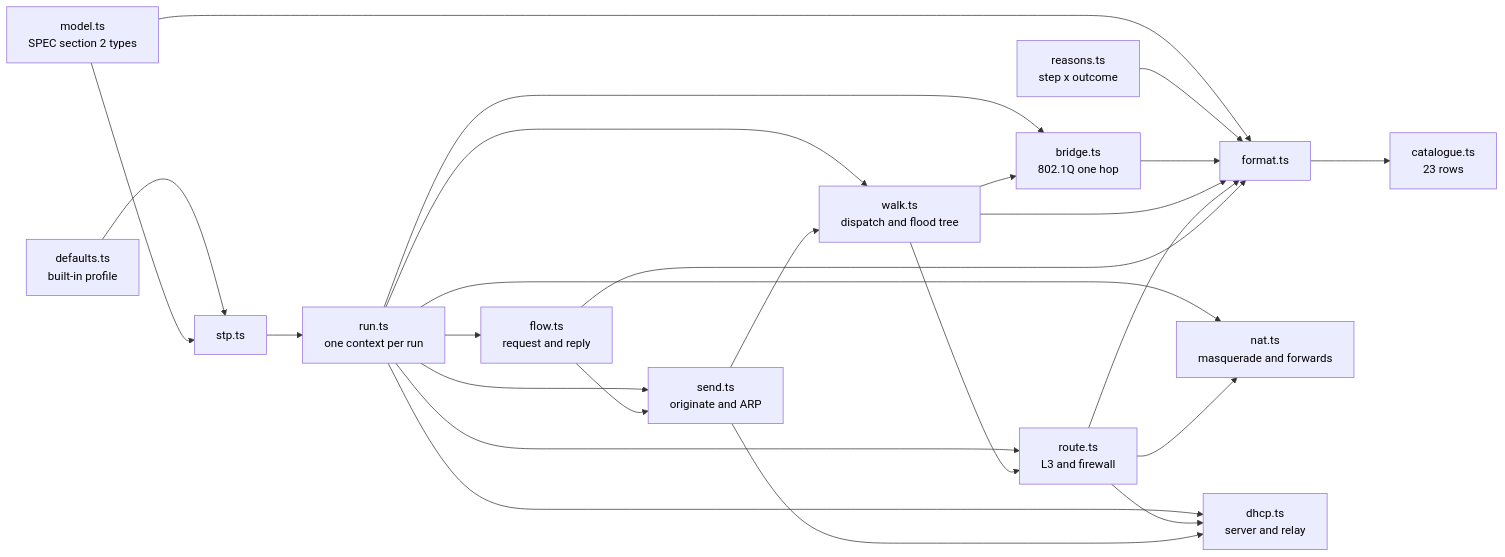
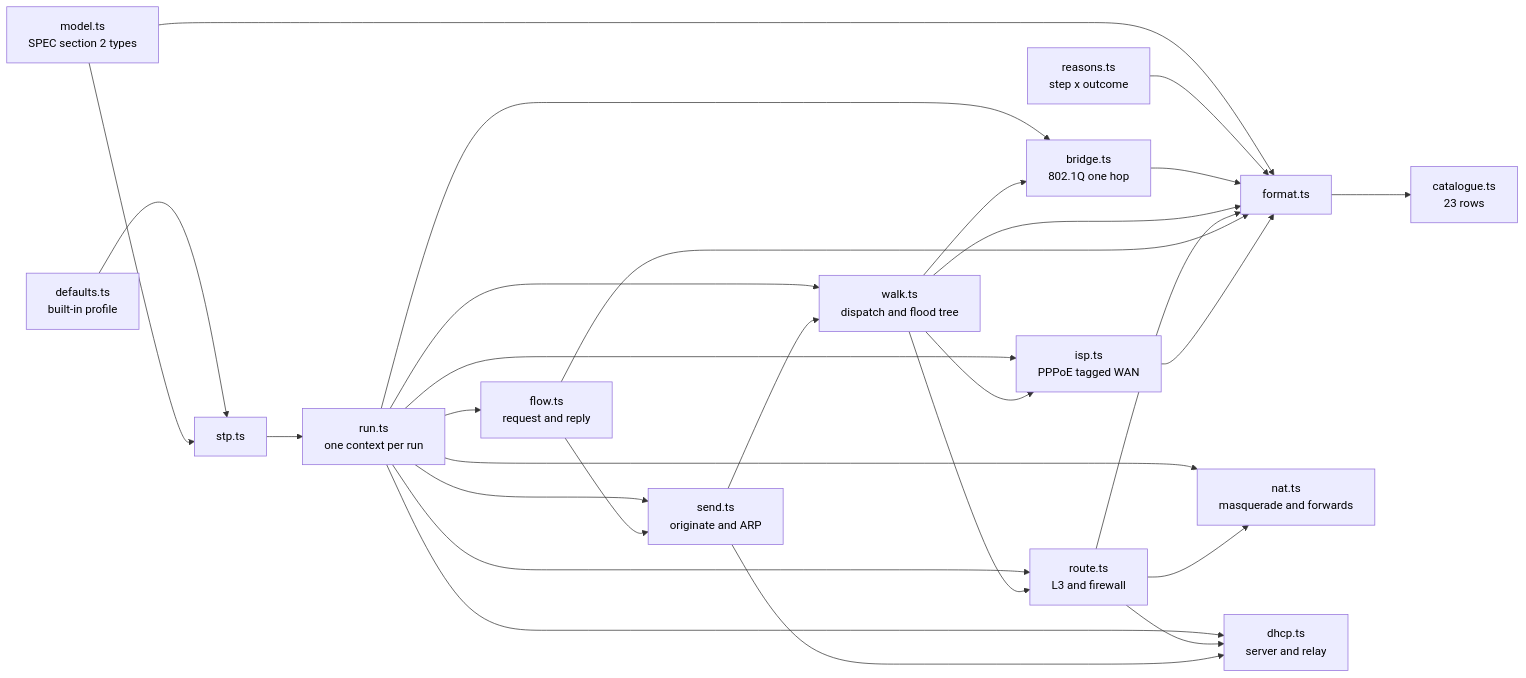
One commit to alanfong93/network-sandbox changed the first of 3 diagrams in docs/architecture.md. Above: the diagram before and after it, drawn with Mermaid. The commit also changed other lines of this file and 17 other files, not shown here.

````diff
--- a/docs/architecture.md
+++ b/docs/architecture.md
@@ -14,41 +16,45 @@
 ```mermaid
 flowchart LR
     M[model.ts<br>SPEC section 2 types] --> F[format.ts]
     R[reasons.ts<br>step x outcome] --> F
     F --> C[catalogue.ts<br>23 rows]
     D[defaults.ts<br>built-in profile] --> S[stp.ts]
     M --> S
     S --> U[run.ts<br>one context per run]
     U --> B[bridge.ts<br>802.1Q one hop]
     U --> W[walk.ts<br>dispatch and flood tree]
     U --> O[route.ts<br>L3 and firewall]
     U --> NA[nat.ts<br>masquerade and forwards]
     U --> DH[dhcp.ts<br>server and relay]
+    U --> ISP[isp.ts<br>PPPoE tagged WAN]
     U --> N[send.ts<br>originate and ARP]
     U --> L[flow.ts<br>request and reply]
     W --> B
     W --> O
+    W --> ISP
     O --> NA
     O --> DH
     N --> W
     N --> DH
     L --> N
     B --> F
     W --> F
     O --> F
     L --> F
+    ISP --> F
     style M color:#000
     style R color:#000
     style F color:#000
     style C color:#000
     style D color:#000
     style S color:#000
     style U color:#000
     style B color:#000
     style W color:#000
     style O color:#000
     style NA color:#000
     style DH color:#000
+    style ISP color:#000
     style N color:#000
     style L color:#000
 ```
````
